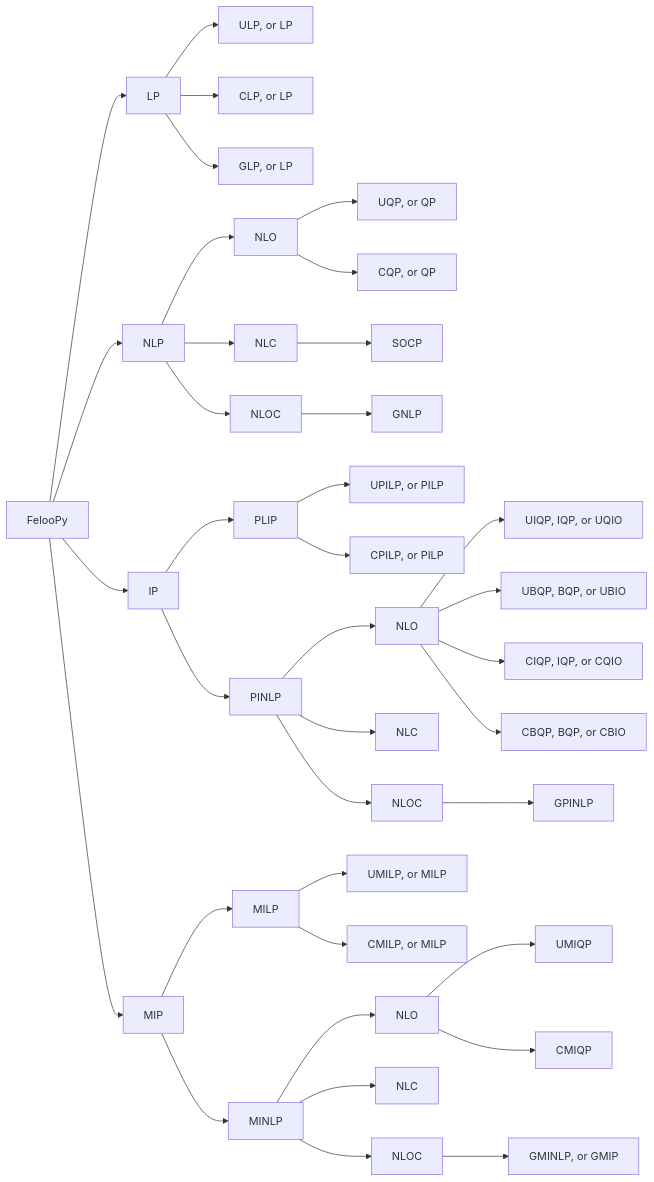
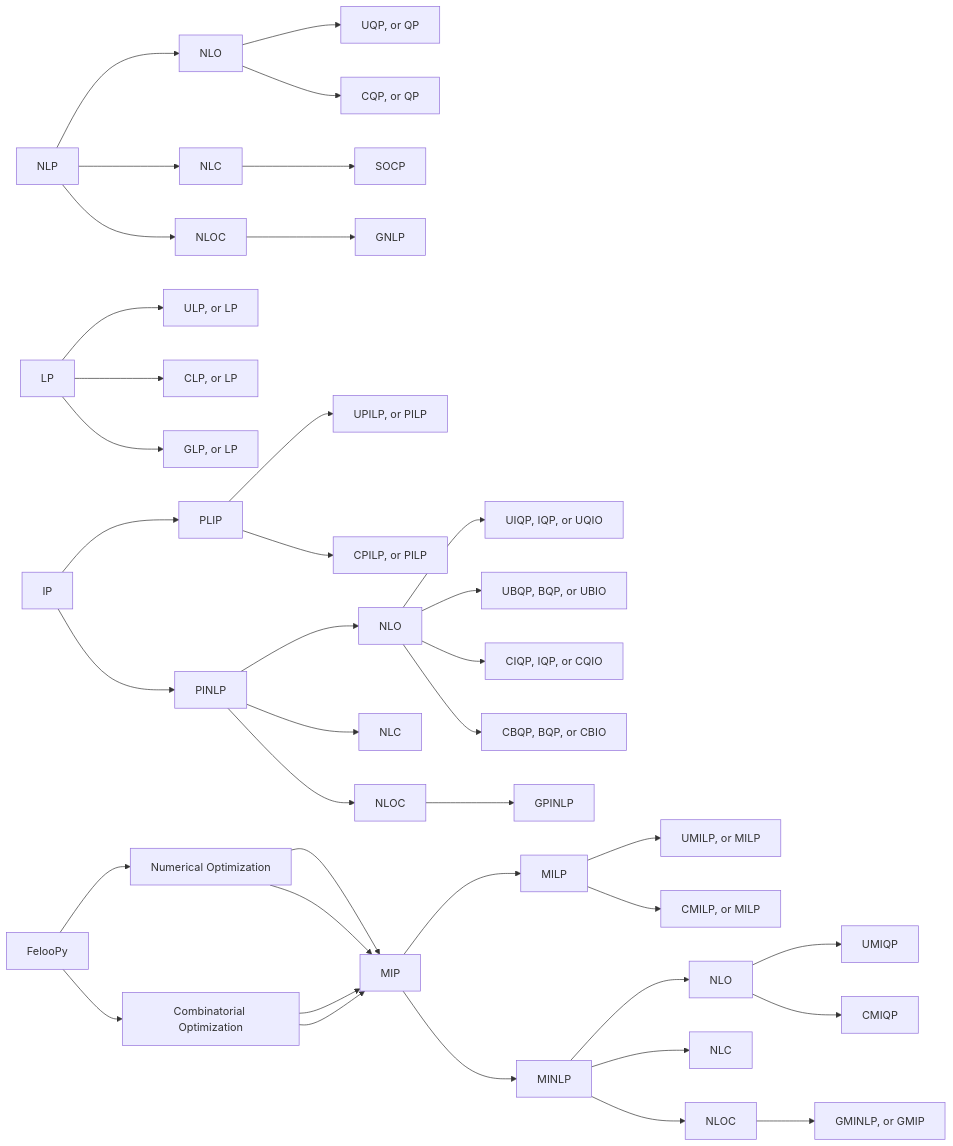
The diagram in README.md (ktafakkori/feloopy), drawn with Mermaid before and after one commit. The commit also changed other lines of this file, not shown here.

````diff
--- a/README.md
+++ b/README.md
@@ -78,39 +80,41 @@
 ```mermaid
 graph LR 
- CLASS["FelooPy"] --> A["LP"]
- CLASS["FelooPy"] --> B["NLP"]
- CLASS["FelooPy"] --> C["IP"]
- CLASS["FelooPy"] --> D["MIP"]
+ CLASS["FelooPy"] --> SUBCLASS1["Numerical Optimization"]
+ CLASS["FelooPy"] --> SUBCLASS2["Combinatorial Optimization"]
+ SUBCLASS1["Numerical Optimization"] --> D["LP"]
+ SUBCLASS1["Numerical Optimization"] --> D["NLP"]
+ SUBCLASS2["Combinatorial Optimization"] --> D["IP"]
+ SUBCLASS2["Combinatorial Optimization"] --> D["MIP"]
  A["LP"] --> A1["ULP, or LP"]
  A["LP"] --> A2["CLP, or LP"]
  A["LP"] --> A3["GLP, or LP"]
  B["NLP"] --> B1["NLO"]
  B1["NLO"] --> B11["UQP, or QP"]
  B1["NLO"] --> B12["CQP, or QP"]
  B["NLP"] --> B2["NLC"]
  B2["NLC"] --> B21["SOCP"]
  B["NLP"] --> B3["NLOC"]
  B3["NLOC"] --> B31["GNLP"]
  C["IP"] --> C1["PILP"]
  C1["PLIP"] --> C11["UPILP, or PILP"]
  C1["PLIP"] --> C12["CPILP, or PILP"]
  C["IP"] --> C2["PINLP"]
  C2["PINLP"] --> C21["NLO"]
  C21["NLO"] --> C211["UIQP, IQP, or UQIO"]
  C21["NLO"] --> C212["UBQP, BQP, or UBIO"]
  C21["NLO"] --> C213["CIQP, IQP, or CQIO"]
  C21["NLO"] --> C214["CBQP, BQP, or CBIO"]
  C2["PINLP"] --> C22["NLC"]
  C2["PINLP"] --> C23["NLOC"]
  C23["NLOC"] --> C231["GPINLP"]
  D["MIP"] --> D1["MILP"]  
  D1["MILP"] --> D11["UMILP, or MILP"]
  D1["MILP"] --> D12["CMILP, or MILP"]
  D["MIP"] --> D2["MINLP"]  
  D2["MINLP"] --> D21["NLO"]
  D21["NLO"] --> D211["UMIQP"]
  D21["NLO"] --> D212["CMIQP"]
  D2["MINLP"] --> D22["NLC"]
  D2["MINLP"] --> D23["NLOC"]
  D23["NLOC"] --> D231["GMINLP, or GMIP"]
 ```
````
